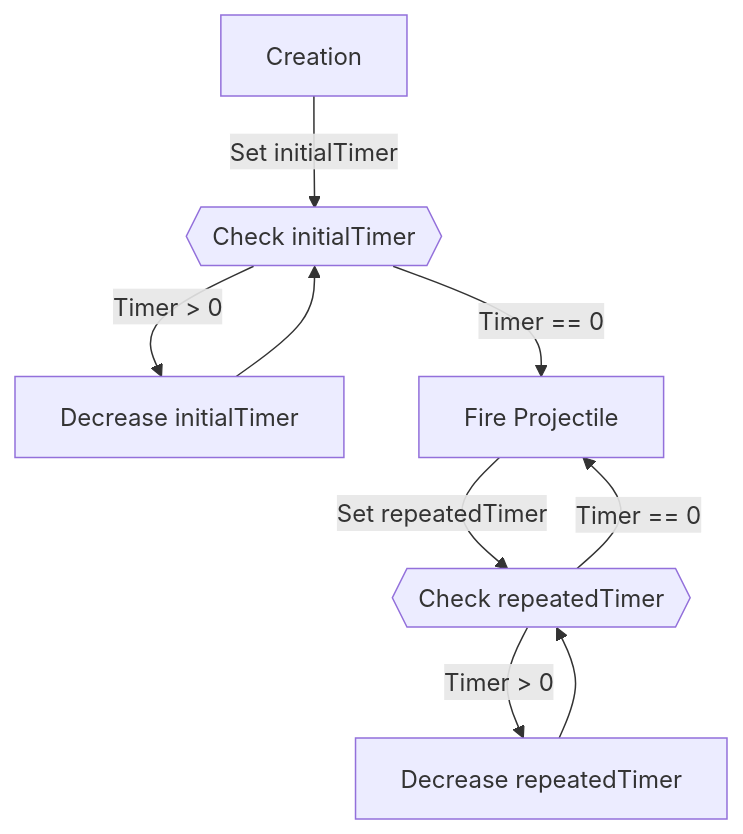
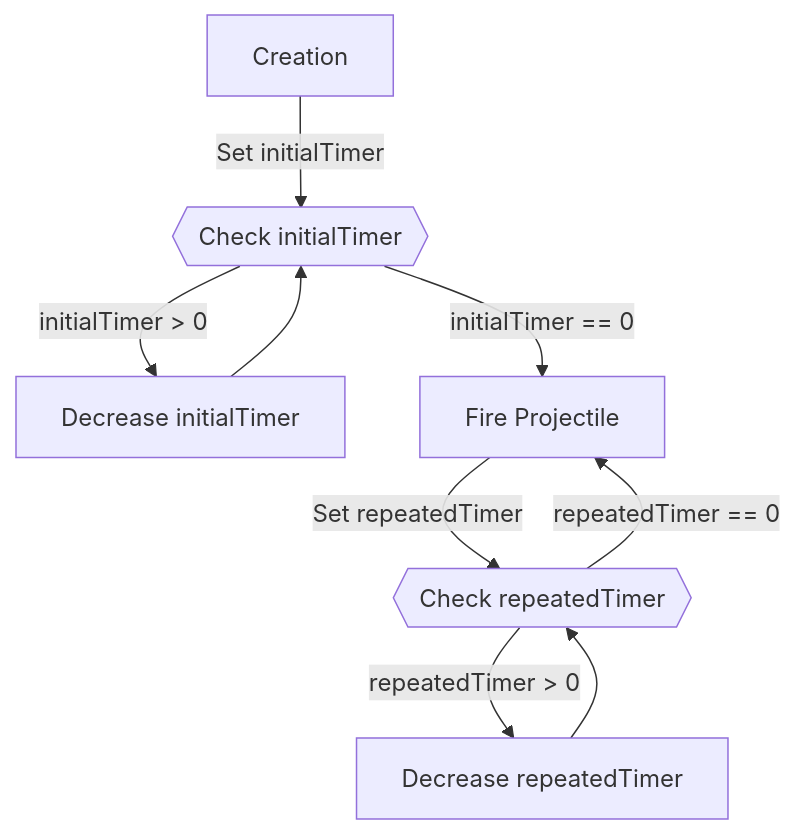
One commit to Miepee/AM2R-Technical-Wiki changed the diagram in content/enemies/wallfire.md. Above: the diagram before and after it, drawn with Mermaid. The commit also changed other lines of this file and 4 other files, not shown here.

```diff
--- a/content/enemies/wallfire.md
+++ b/content/enemies/wallfire.md
@@ -43,11 +65,11 @@
-{{< mermaid class="text-center">}}
+{{< mermaid class="text-center" >}}
 graph TB
     A[Creation] -->|Set initialTimer| B{{Check initialTimer}}
-    B -->|Timer > 0| C[Decrease initialTimer]
+    B -->|initialTimer > 0| C[Decrease initialTimer]
     C --> B
-    B -->|Timer == 0| D[Fire Projectile]
+    B -->|initialTimer == 0| D[Fire Projectile]
     D -->|Set repeatedTimer| E{{Check repeatedTimer}}
-    E -->|Timer > 0| F[Decrease repeatedTimer]
+    E -->|repeatedTimer > 0| F[Decrease repeatedTimer]
     F --> E
-    E -->|Timer == 0| D
+    E -->|repeatedTimer == 0| D
 {{< /mermaid >}}
```
